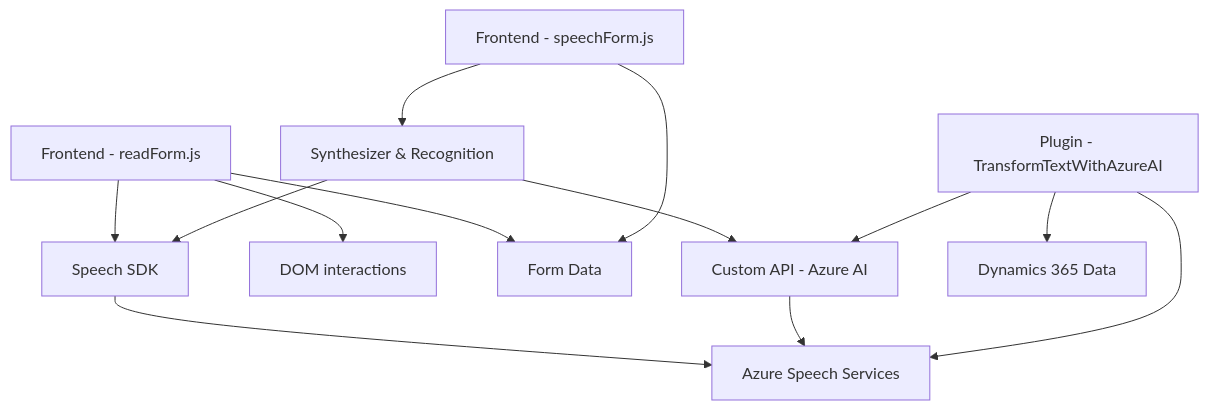
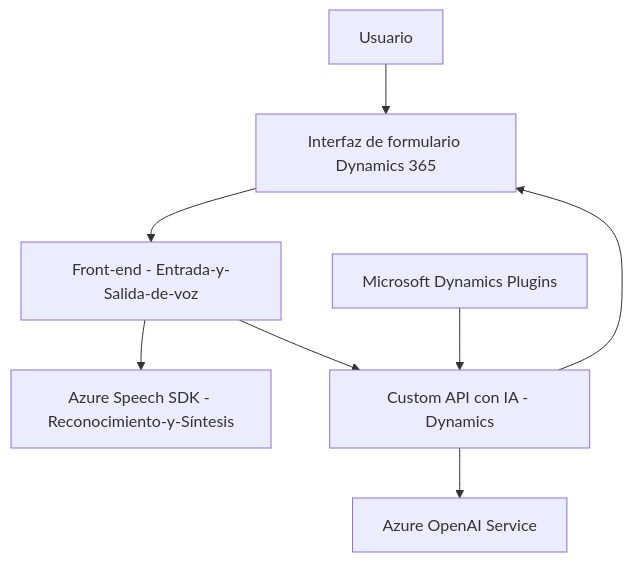
One commit to blopezdm/NETCORE_BILBAO2025 changed the diagram in README.md. Above: the diagram before and after it, drawn with Mermaid. The commit also changed other lines of this file, not shown here.

Commit message:
Actualizar análisis global de la solución con IA

````diff
--- a/README.md
+++ b/README.md
@@ -71,18 +46,18 @@
 ```mermaid
 graph TD
-    A["Frontend - readForm.js"] --> B1["Speech SDK"]
-    A --> B2["DOM interactions"]
-    A --> B3["Form Data"]
-    B1 --> C["Azure Speech Services"]
+    A["Usuario"]
+    B["Interfaz de formulario Dynamics 365"]
+    C["Front-end - Entrada-y-Salida-de-voz"]
+    D["Azure Speech SDK - Reconocimiento-y-Síntesis"]
+    E["Custom API con IA - Dynamics"]
+    F["Microsoft Dynamics Plugins"]
+    G["Azure OpenAI Service"]
 
-    X["Frontend - speechForm.js"] --> Y["Synthesizer & Recognition"]
-    X --> B3
-    Y --> B1
-    Y --> Z["Custom API - Azure AI"]
-    Z --> C
-
-    D["Plugin - TransformTextWithAzureAI"]
-    D --> F["Dynamics 365 Data"]
-    D --> C
-    D --> Z
+    A --> B
+    B --> C
+    C --> D
+    C --> E
+    E --> G
+    F --> E
+    E --> B
 ```
````
